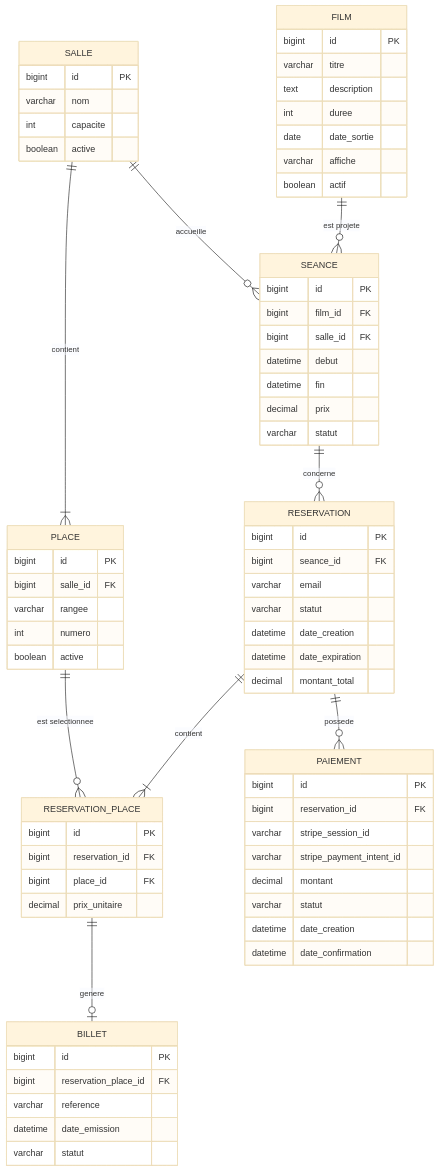
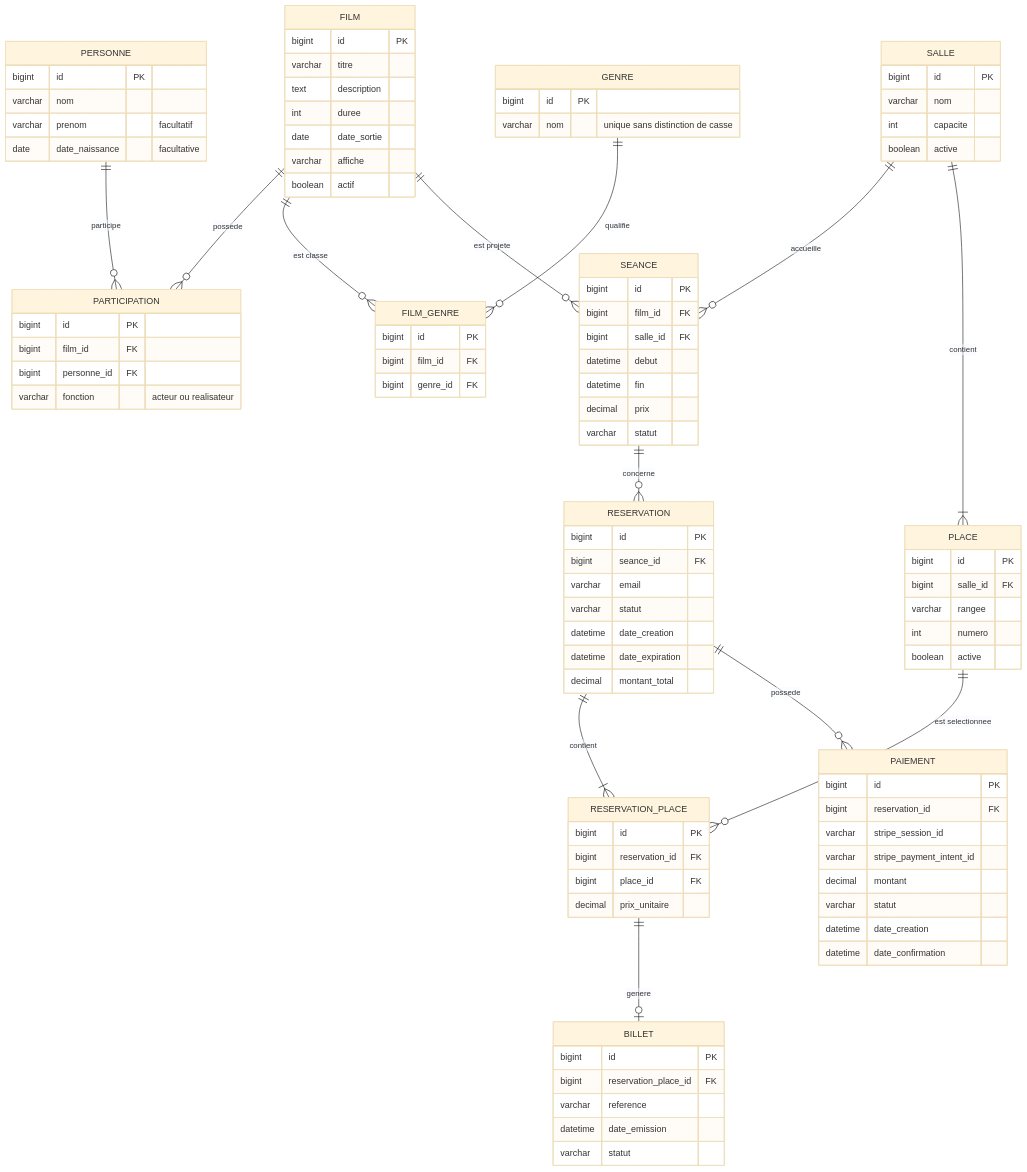
The diagram in docs/modele-donnees.md (LennyFlx/le-grand-cinema), drawn with Mermaid (base theme) before and after one commit. The commit also changed other lines of this file, not shown here.

````diff
--- a/docs/modele-donnees.md
+++ b/docs/modele-donnees.md
@@ -310,5 +402,9 @@
 ```mermaid
 erDiagram
+    PERSONNE ||--o{ PARTICIPATION: "participe"
+    FILM ||--o{ PARTICIPATION: "possede"
+    FILM ||--o{ FILM_GENRE: "est classe"
+    GENRE ||--o{ FILM_GENRE: "qualifie"
     FILM ||--o{ SEANCE: "est projete"
     SALLE ||--o{ SEANCE: "accueille"
     SALLE ||--|{ PLACE: "contient"
@@ -326,6 +422,31 @@
         date date_sortie
         varchar affiche
         boolean actif
+    }
+
+    PERSONNE {
+        bigint id PK
+        varchar nom
+        varchar prenom "facultatif"
+        date date_naissance "facultative"
+    }
+
+    GENRE {
+        bigint id PK
+        varchar nom "unique sans distinction de casse"
+    }
+
+    PARTICIPATION {
+        bigint id PK
+        bigint film_id FK
+        bigint personne_id FK
+        varchar fonction "acteur ou realisateur"
+    }
+
+    FILM_GENRE {
+        bigint id PK
+        bigint film_id FK
+        bigint genre_id FK
     }
 
     SALLE {
````
